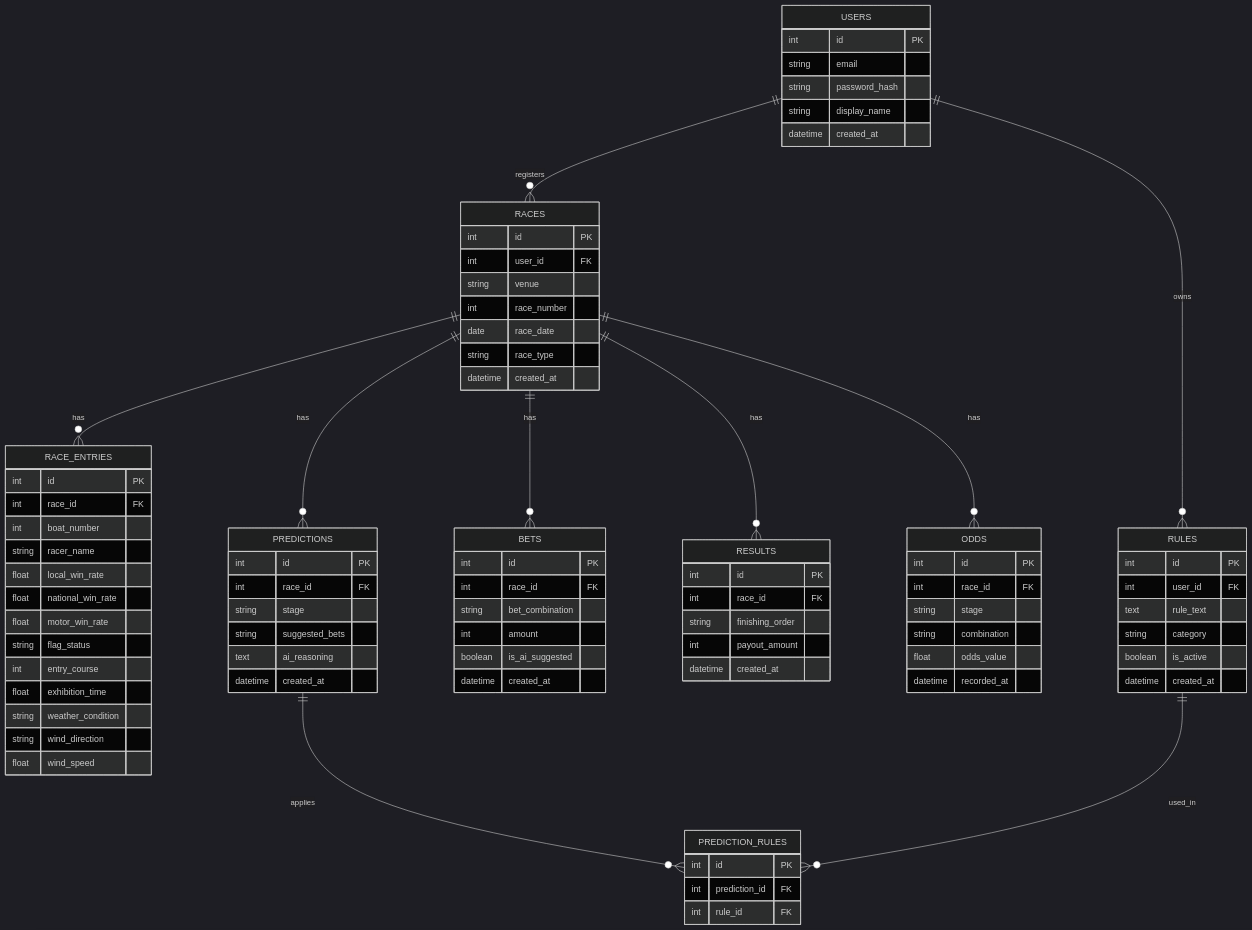
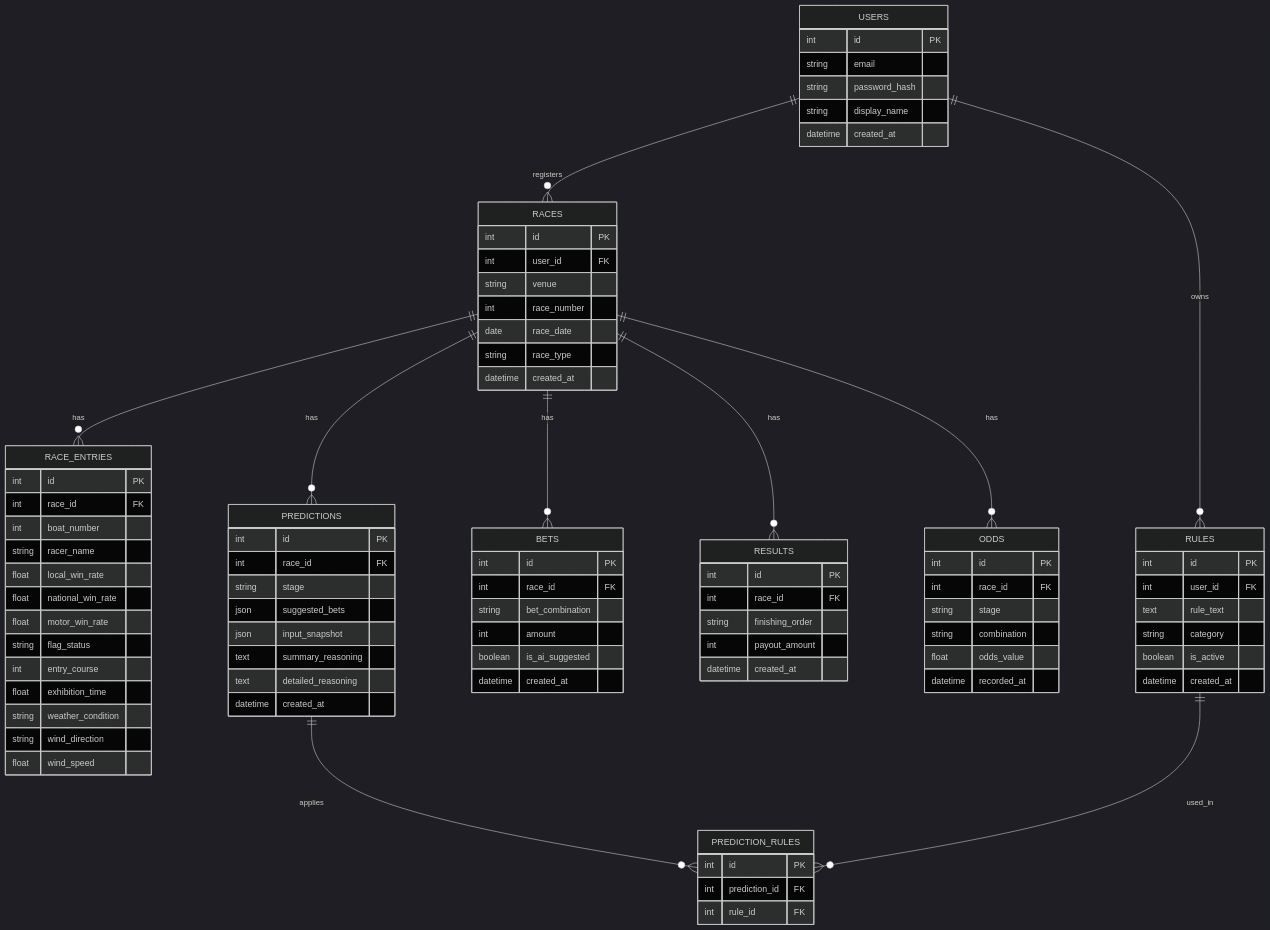
One commit to HattoriKaito/web-bulletin-board changed the first of 2 diagrams in docs/03_detailed_design.md. Above: the diagram before and after it, drawn with Mermaid (dark theme). The commit also changed other lines of this file and 14 other files, not shown here.

```diff
--- a/docs/03_detailed_design.md
+++ b/docs/03_detailed_design.md
@@ -60,8 +60,10 @@
         int id PK
         int race_id FK
         string stage
-        string suggested_bets
-        text ai_reasoning
+        json suggested_bets
+        json input_snapshot
+        text summary_reasoning
+        text detailed_reasoning
         datetime created_at
     }
 
```
